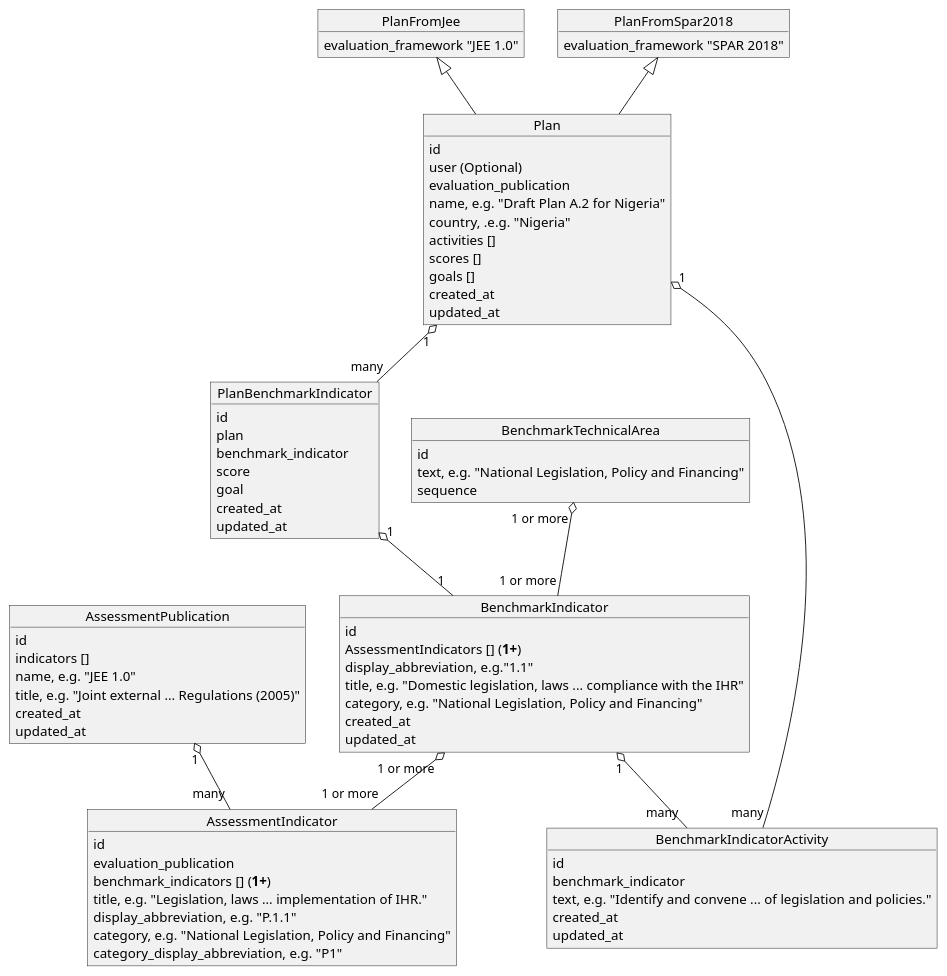
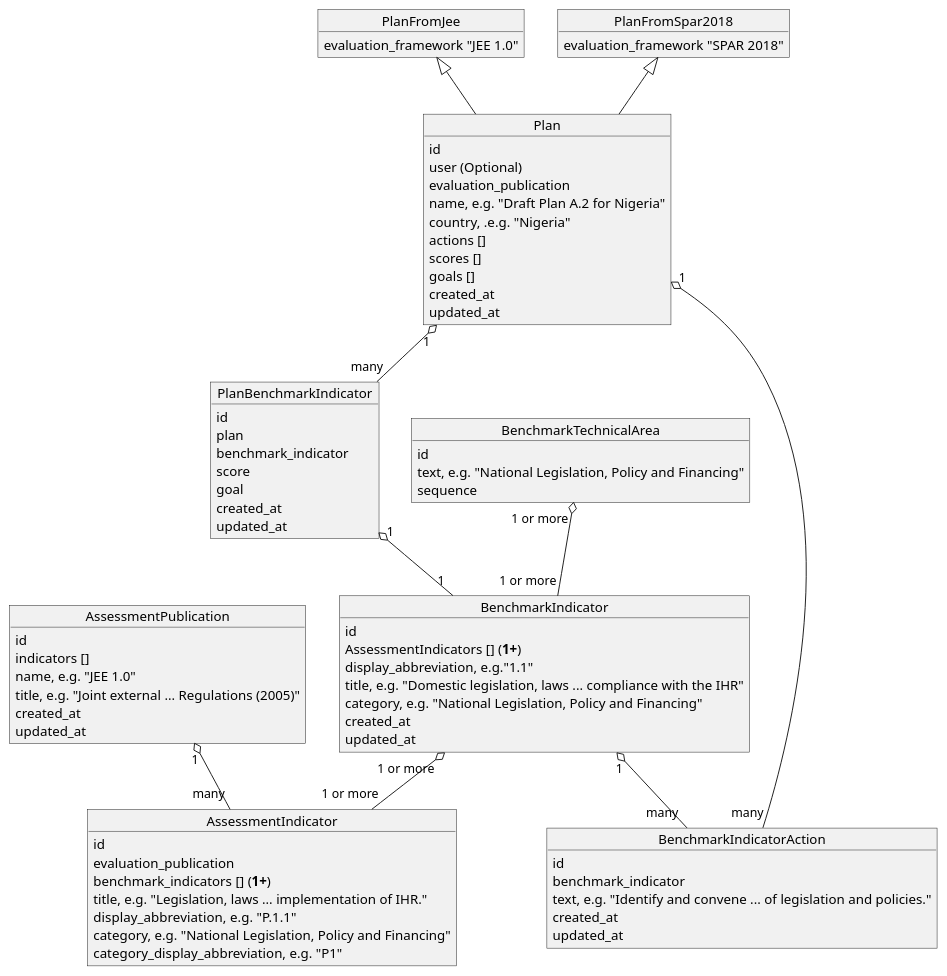
Before and after one commit to resolvetosavelives/benchmarks: the diagram in docs/object_diagram.puml, drawn with PlantUML. The commit also changed 48 other files, not shown here.

First line of the commit message:
Rename "activity" to "action" throughout the app #172966005

```diff
--- a/docs/object_diagram.puml
+++ b/docs/object_diagram.puml
@@ -1,82 +1,82 @@
 @startuml
 
 
 object AssessmentPublication {
     id
     indicators []
     name, e.g. "JEE 1.0"
     title, e.g. "Joint external ... Regulations (2005)"
     created_at
     updated_at
 }
 object AssessmentIndicator {
     id
     evaluation_publication
     benchmark_indicators [] (**1+**)
     title, e.g. "Legislation, laws ... implementation of IHR."
     display_abbreviation, e.g. "P.1.1"
     category, e.g. "National Legislation, Policy and Financing"
     category_display_abbreviation, e.g. "P1"
 }
 object BenchmarkTechnicalArea {
     id
     text, e.g. "National Legislation, Policy and Financing"
     sequence
 }
 object BenchmarkIndicator {
     id
     AssessmentIndicators [] (**1+**)
     display_abbreviation, e.g."1.1"
     title, e.g. "Domestic legislation, laws ... compliance with the IHR"
     category, e.g. "National Legislation, Policy and Financing"
     created_at
     updated_at
 }
-object BenchmarkIndicatorActivity {
+object BenchmarkIndicatorAction {
     id
     benchmark_indicator
     text, e.g. "Identify and convene ... of legislation and policies."
     created_at
     updated_at
 }
 object Plan {
     id
     user (Optional)
     evaluation_publication
     name, e.g. "Draft Plan A.2 for Nigeria"
     country, .e.g. "Nigeria"
-    activities []
+    actions []
     scores []
     goals []
     created_at
     updated_at
 }
 object PlanBenchmarkIndicator {
     id
     plan
     benchmark_indicator
     score
     goal
     created_at
     updated_at
 }
 object PlanFromJee {
     evaluation_framework "JEE 1.0"
 }
 object PlanFromSpar2018 {
     evaluation_framework "SPAR 2018"
 }
 
 
 AssessmentPublication "1" o-- "many" AssessmentIndicator
 BenchmarkTechnicalArea "1 or more" o-- "1 or more" BenchmarkIndicator
 BenchmarkIndicator "1 or more" o-- "1 or more" AssessmentIndicator
-BenchmarkIndicator "1" o-- "many" BenchmarkIndicatorActivity
+BenchmarkIndicator "1" o-- "many" BenchmarkIndicatorAction
 Plan "1" o-- "many" PlanBenchmarkIndicator
-Plan "1" o-- "many" BenchmarkIndicatorActivity
+Plan "1" o-- "many" BenchmarkIndicatorAction
 PlanBenchmarkIndicator "1" o-- "1" BenchmarkIndicator
 PlanFromJee <|-- Plan
 PlanFromSpar2018 <|-- Plan
 
 
 @enduml
```
